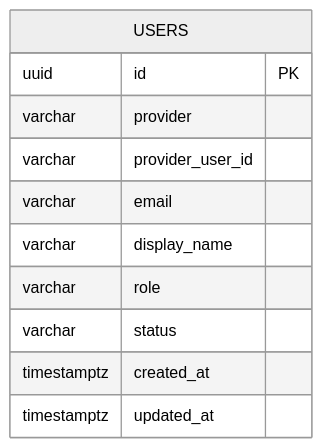
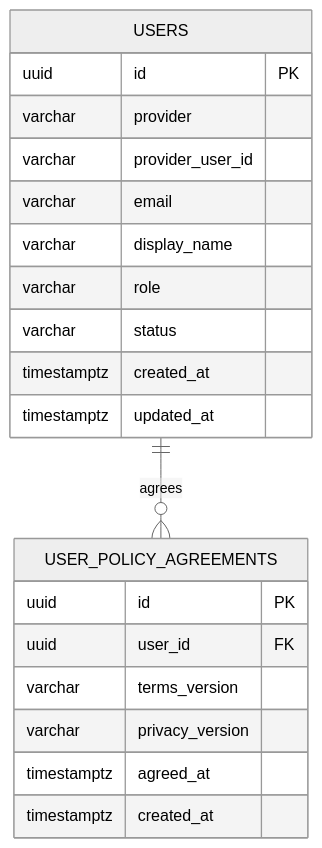
The first of 2 diagrams in docs/erd.md (JAEKWANG97/dropship-shop), drawn with Mermaid (neutral theme) before and after one commit. The commit also changed other lines of this file and 21 other files, not shown here.

````diff
--- a/docs/erd.md
+++ b/docs/erd.md
@@ -37,14 +38,25 @@
 ```mermaid
 erDiagram
     USERS {
         uuid id PK
         varchar provider
         varchar provider_user_id
         varchar email
         varchar display_name
         varchar role
         varchar status
         timestamptz created_at
         timestamptz updated_at
     }
+
+    USER_POLICY_AGREEMENTS {
+        uuid id PK
+        uuid user_id FK
+        varchar terms_version
+        varchar privacy_version
+        timestamptz agreed_at
+        timestamptz created_at
+    }
+
+    USERS ||--o{ USER_POLICY_AGREEMENTS : agrees
 ```
````
